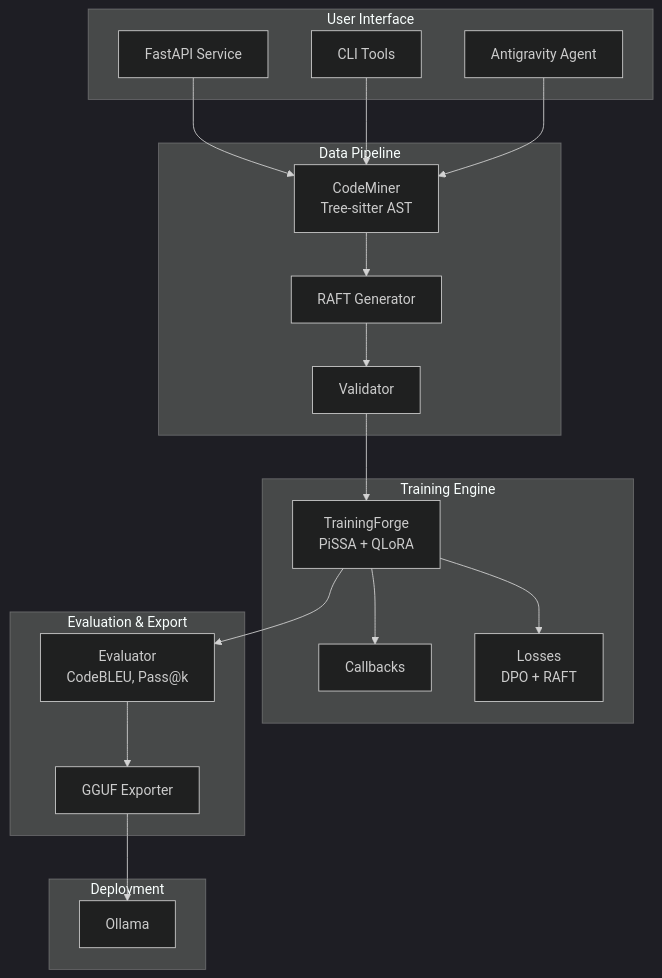
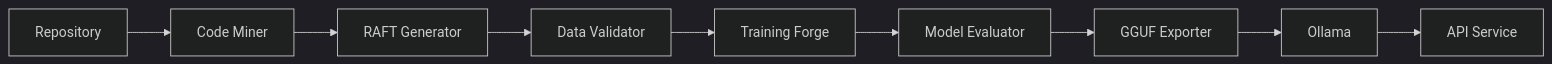
Before and after one commit to mukundajmera/ai_forge: the diagram in README.md, drawn with Mermaid (dark theme). The commit also changed other lines of this file and 5 other files, not shown here.

````diff
--- a/README.md
+++ b/README.md
@@ -27,41 +24,11 @@
 ```mermaid
-graph TB
-    subgraph "User Interface"
-        API[FastAPI Service]
-        CLI[CLI Tools]
-        AG[Antigravity Agent]
-    end
-    
-    subgraph "Data Pipeline"
-        M[CodeMiner<br>Tree-sitter AST]
-        R[RAFT Generator]
-        V[Validator]
-    end
-    
-    subgraph "Training Engine"
-        F[TrainingForge<br>PiSSA + QLoRA]
-        CB[Callbacks]
-        L[Losses<br>DPO + RAFT]
-    end
-    
-    subgraph "Evaluation & Export"
-        E[Evaluator<br>CodeBLEU, Pass@k]
-        X[GGUF Exporter]
-    end
-    
-    subgraph "Deployment"
-        O[Ollama]
-    end
-    
-    API --> M
-    CLI --> M
-    AG --> M
-    M --> R
-    R --> V
-    V --> F
-    F --> CB
-    F --> L
-    F --> E
-    E --> X
-    X --> O
+graph LR
+    A[Repository] --> B[Code Miner]
+    B --> C[RAFT Generator]
+    C --> D[Data Validator]
+    D --> E[Training Forge]
+    E --> F[Model Evaluator]
+    F --> G[GGUF Exporter]
+    G --> H[Ollama]
+    H --> I[API Service]
 ```
````
